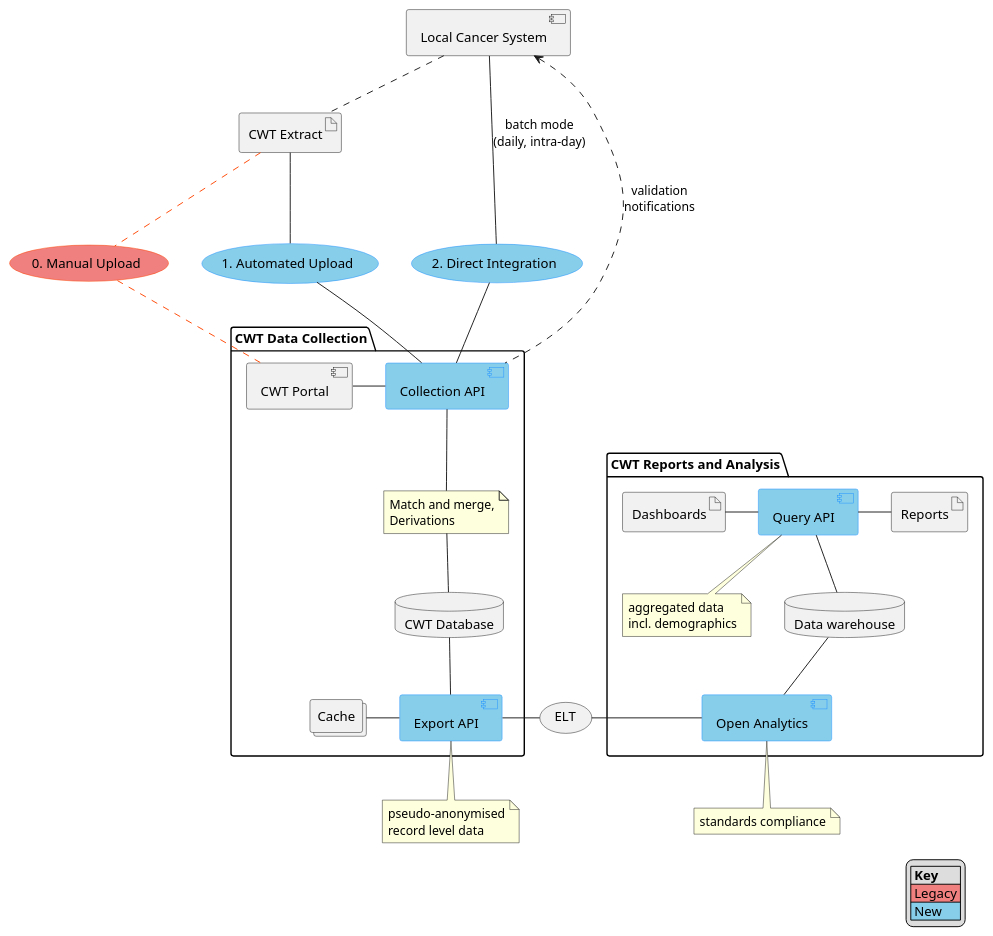
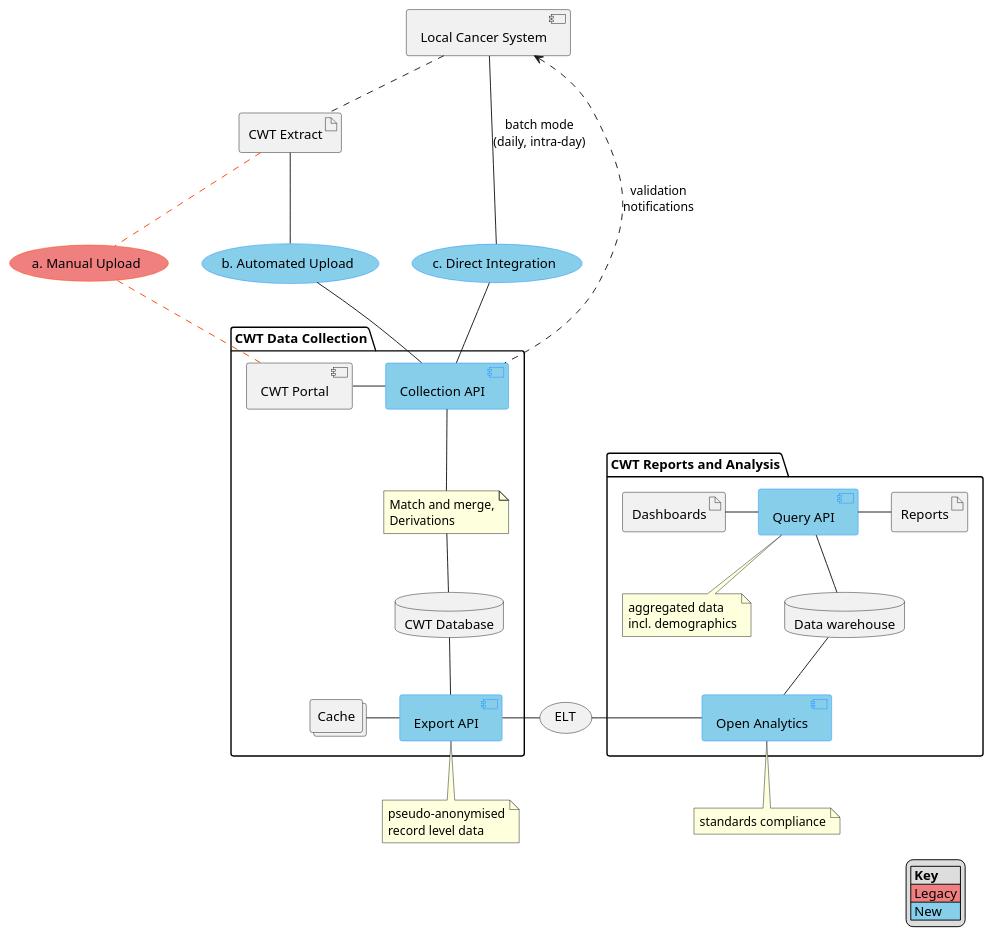
One commit to nhsx/dt-public changed the diagram in CWT/ToBe/conceptual-model-compact.puml. Above: the diagram before and after it, drawn with PlantUML. The commit also changed 4 other files, not shown here.

Commit message:
Update file(s) "/." from "nhsx/dt-architecture"

```diff
--- a/CWT/ToBe/conceptual-model-compact.puml
+++ b/CWT/ToBe/conceptual-model-compact.puml
@@ -1,138 +1,138 @@
 @startuml cwt-tobe-conceptual-model-compact
 'left to right direction
 
 hide stereotype
 skinparam usecase {
   BackgroundColor<<New>> #SkyBlue
   BorderColor<<New>> #DodgerBlue
 
   BackgroundColor<<Legacy>> #LightCoral  
   BorderColor<<Legacy>> #OrangeRed
 
   BackgroundColor<<Future>> #Moccasin  
   BorderColor<<Future>> #SandyBrown  
 }
 
 skinparam component {
   BackgroundColor<<New>> #SkyBlue
   BorderColor<<New>> #DodgerBlue
 
   BackgroundColor<<Legacy>> #LightCoral  
   BorderColor<<Legacy>> #OrangeRed
 }
 
 skinparam queue {
   BackgroundColor<<Future>> #Moccasin  
   BorderColor<<Future>> #SandyBrown    
 }
 
 skinparam arrow {
   Color<<Legacy>> #OrangeRed 
 }
 
 skinparam rectangle {
   BackgroundColor<<New>> #SkyBlue
   BorderColor<<New>> #DodgerBlue
 
   BackgroundColor<<Legacy>> #LightCoral  
   BorderColor<<Legacy>> #OrangeRed
 
   BackgroundColor<<Future>> #Moccasin  
   BorderColor<<Future>> #SandyBrown    
 }
 
 component "Local Cancer System" as lcs
 
 artifact "CWT Extract" as file
 
-usecase "0. Manual Upload" <<Legacy>> as mup
-usecase "1. Automated Upload" <<New>> as aup
-usecase "2. Direct Integration" <<New>> as di
+usecase "a. Manual Upload" <<Legacy>> as mup
+usecase "b. Automated Upload" <<New>> as aup
+usecase "c. Direct Integration" <<New>> as di
 
 package "CWT Data Collection" {
 
 component "CWT Portal" as cwt
 
 component "Collection API" <<New>> as capi
 database "CWT Database" as db
 component "Export API" <<New>>   as eapi
 
 collections "Cache" as cache
 
 note as n4
  Match and merge,
  Derivations 
 endnote
 
 cwt - capi
 capi -- n4
 n4 -- db 
 db -- eapi
 cache - eapi
 
 }
 
 package "CWT Reports and Analysis" {
 
 component "Open Analytics" <<New>> as oa
 database "Data warehouse" as dw
 component "Query API" <<New>> as qapi
 artifact "Dashboards" as dbs
 artifact "Reports" as rpt
 
 note as n3
   aggregated data 
   incl. demographics
 endnote
 
 }
 
 note as n1
   pseudo-anonymised
   record level data
 endnote
 
 note as n2
   standards compliance
 endnote
 
 lcs .. file
 file .. mup<<Legacy>>
 mup .. cwt<<Legacy>>
 
 file -- aup
 aup -- capi
 
 lcs --- di : batch mode\n(daily, intra-day)
 di -- capi
 
 usecase  elt [
   ELT
 ]
 
 eapi - elt
 elt - oa
 oa -up- dw
 
 dw -up- qapi
 
 qapi -left- dbs
 qapi -right- rpt
 
 eapi -- n1
 oa -- n2
 qapi -- n3
 
 lcs <... capi : validation\nnotifications 
 
 'layout
 'aup . di
 'endlayout
 
 legend right
 |= Key |
 |<#LightCoral> Legacy |
 |<#SkyBlue> New |
 endlegend
 
 @enduml
```
